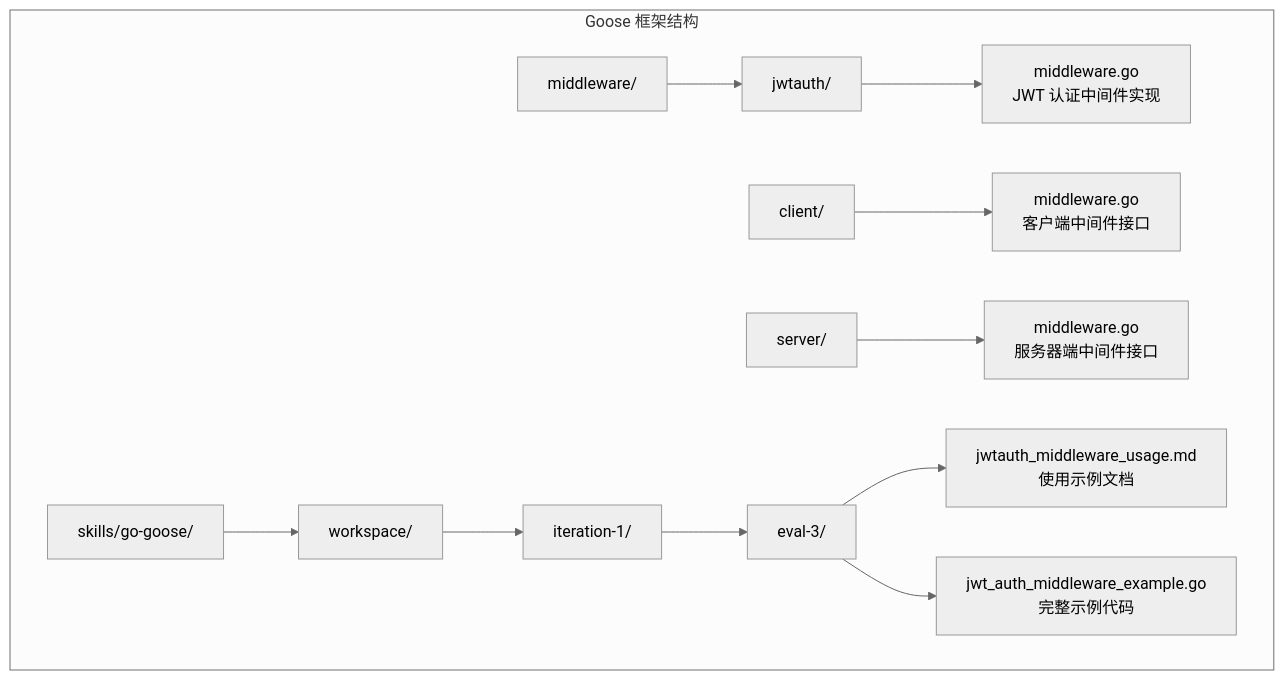
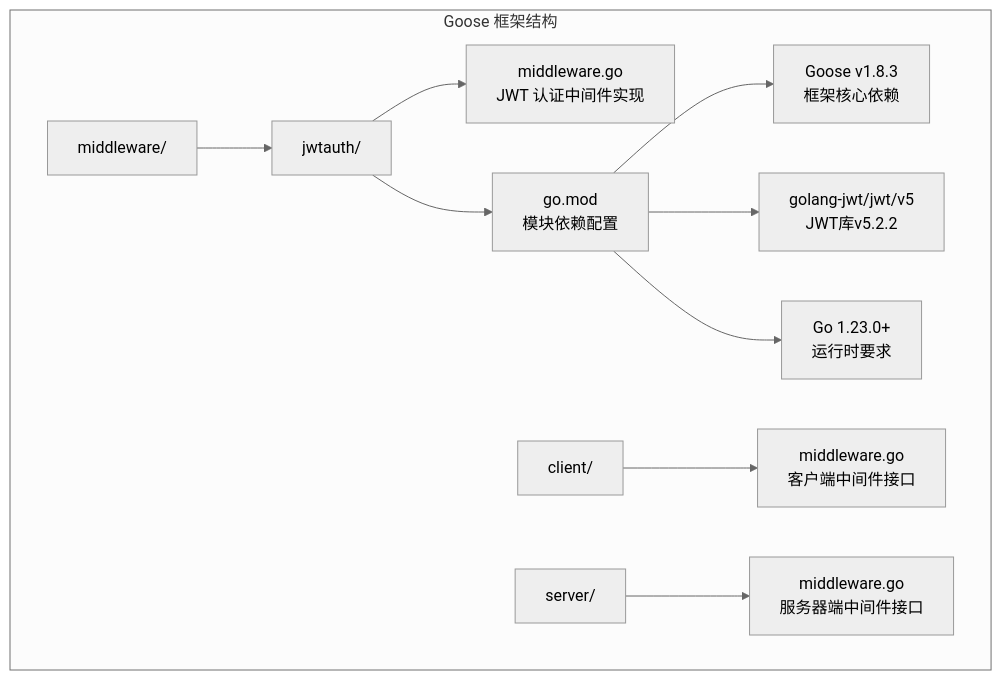
One commit to soyacen/goose changed the first of 6 diagrams in .agents/repowiki/zh/content/高级中间件/JWT 认证中间件.md. Above: the diagram before and after it, drawn with Mermaid (neutral theme). The commit also changed other lines of this file and 51 other files, not shown here.

````diff
--- a/.agents/repowiki/zh/content/高级中间件/JWT 认证中间件.md
+++ b/.agents/repowiki/zh/content/高级中间件/JWT 认证中间件.md
@@ -38,14 +46,13 @@
 ```mermaid
 graph TB
 subgraph "Goose 框架结构"
 A[middleware/] --> B[jwtauth/]
 B --> C[middleware.go<br/>JWT 认证中间件实现]
-D[client/] --> E[middleware.go<br/>客户端中间件接口]
-F[server/] --> G[middleware.go<br/>服务器端中间件接口]
-H[skills/go-goose/] --> I[workspace/]
-I --> J[iteration-1/]
-J --> K[eval-3/]
-K --> L[jwtauth_middleware_usage.md<br/>使用示例文档]
-K --> M[jwt_auth_middleware_example.go<br/>完整示例代码]
+B --> D[go.mod<br/>模块依赖配置]
+D --> E[Goose v1.8.3<br/>框架核心依赖]
+D --> F[golang-jwt/jwt/v5<br/>JWT库v5.2.2]
+D --> G[Go 1.23.0+<br/>运行时要求]
+H[client/] --> I[middleware.go<br/>客户端中间件接口]
+J[server/] --> K[middleware.go<br/>服务器端中间件接口]
 end
 ```
````
